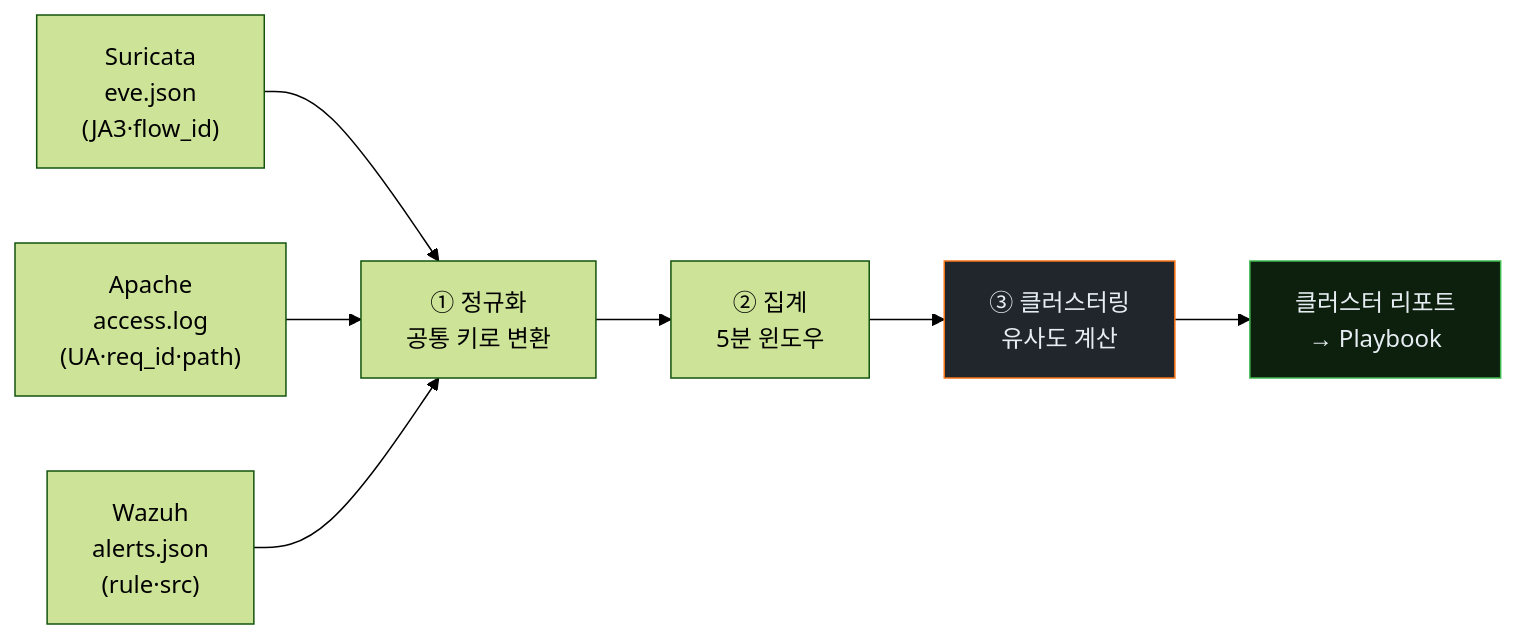
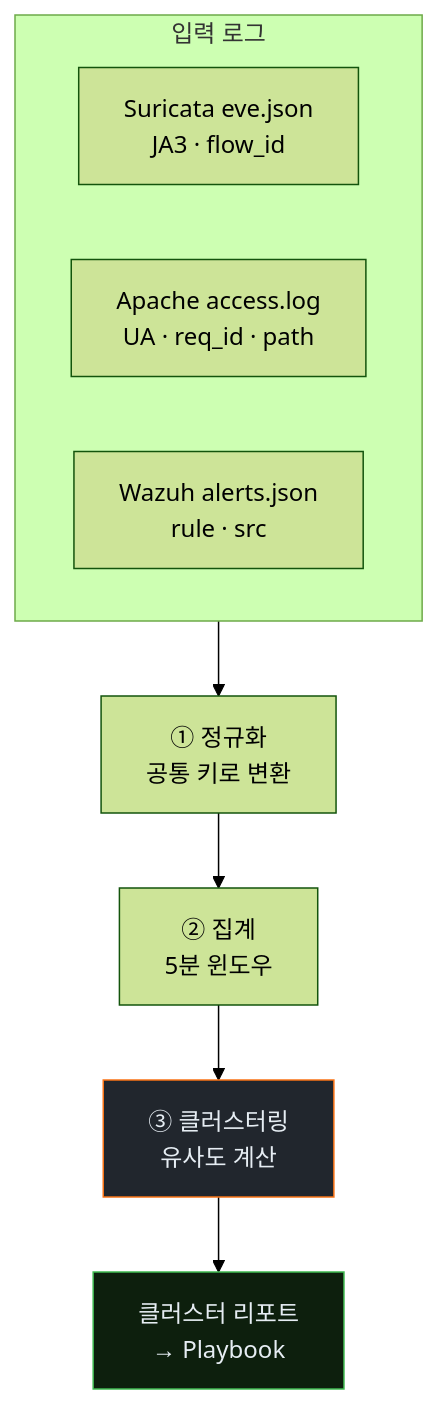
The fifth of 6 diagrams in contents/education/course19-agent-incident-response/week07/lecture.md (mrgrit/ccc), drawn with Mermaid (forest theme) before and after one commit. The commit also changed other lines of this file and 5 other files, not shown here.

First line of the commit message:
docs(course19): w9 상세화 + 기존 LR 다이어그램을 TB로 전환

````diff
--- a/contents/education/course19-agent-incident-response/week07/lecture.md
+++ b/contents/education/course19-agent-incident-response/week07/lecture.md
@@ -320,13 +319,15 @@
 ```mermaid
-flowchart LR
-    Suri["Suricata<br/>eve.json<br/>(JA3·flow_id)"]
-    Apa["Apache<br/>access.log<br/>(UA·req_id·path)"]
-    Wz["Wazuh<br/>alerts.json<br/>(rule·src)"]
+flowchart TB
+    subgraph Inputs["입력 로그"]
+      Suri["Suricata eve.json<br/>JA3 · flow_id"]
+      Apa["Apache access.log<br/>UA · req_id · path"]
+      Wz["Wazuh alerts.json<br/>rule · src"]
+    end
     Norm["① 정규화<br/>공통 키로 변환"]
     Agg["② 집계<br/>5분 윈도우"]
     Cluster["③ 클러스터링<br/>유사도 계산"]
     Out["클러스터 리포트<br/>→ Playbook"]
-    Suri & Apa & Wz --> Norm --> Agg --> Cluster --> Out
+    Inputs --> Norm --> Agg --> Cluster --> Out
     style Cluster fill:#21262d,stroke:#f97316,color:#e6edf3
     style Out fill:#0d1f0d,stroke:#3fb950,color:#e6edf3
 ```
````
